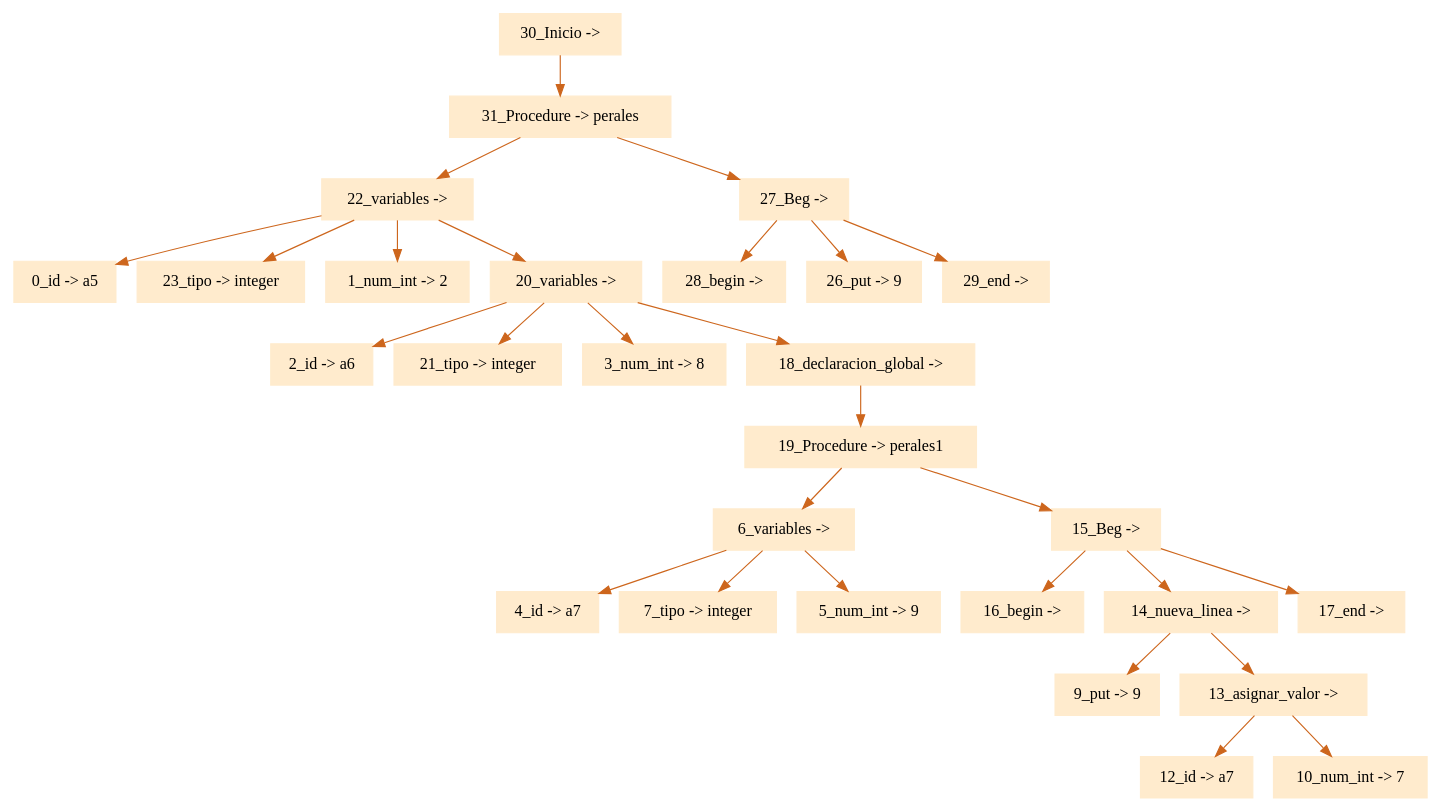
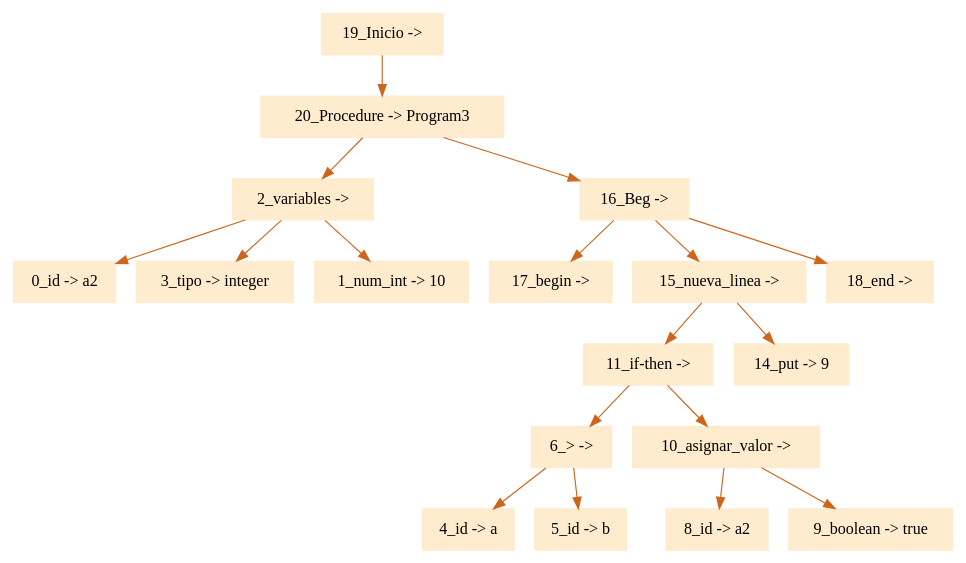
Before and after one commit to eliasgz97/Proyecto_Compiladores: the diagram in ProyectoCompiladores/arbol.dot, drawn with Graphviz. The commit also changed 2 other files, not shown here.

Commit message:
Bug de repeticion id al asignar valor resuelto

```diff
--- a/ProyectoCompiladores/arbol.dot
+++ b/ProyectoCompiladores/arbol.dot
@@ -1,32 +1,22 @@
 digraph G {node[shape=box, style=filled, color=blanchedalmond]; edge[color=chocolate3];rankdir=UD 
 
-"30_Inicio -> "->"31_Procedure -> perales"
-"31_Procedure -> perales"->"22_variables -> "
-"22_variables -> "->"0_id -> a5"
-"22_variables -> "->"23_tipo -> integer"
-"22_variables -> "->"1_num_int -> 2"
-"22_variables -> "->"20_variables -> "
-"20_variables -> "->"2_id -> a6"
-"20_variables -> "->"21_tipo -> integer"
-"20_variables -> "->"3_num_int -> 8"
-"20_variables -> "->"18_declaracion_global -> "
-"18_declaracion_global -> "->"19_Procedure -> perales1"
-"19_Procedure -> perales1"->"6_variables -> "
-"6_variables -> "->"4_id -> a7"
-"6_variables -> "->"7_tipo -> integer"
-"6_variables -> "->"5_num_int -> 9"
-"19_Procedure -> perales1"->"15_Beg -> "
-"15_Beg -> "->"16_begin -> "
-"15_Beg -> "->"14_nueva_linea -> "
-"14_nueva_linea -> "->"9_put -> 9"
-"14_nueva_linea -> "->"13_asignar_valor -> "
-"13_asignar_valor -> "->"12_id -> a7"
-"13_asignar_valor -> "->"10_num_int -> 7"
-"15_Beg -> "->"17_end -> "
-"31_Procedure -> perales"->"27_Beg -> "
-"27_Beg -> "->"28_begin -> "
-"27_Beg -> "->"26_put -> 9"
-"27_Beg -> "->"29_end -> "
+"19_Inicio -> "->"20_Procedure -> Program3"
+"20_Procedure -> Program3"->"2_variables -> "
+"2_variables -> "->"0_id -> a2"
+"2_variables -> "->"3_tipo -> integer"
+"2_variables -> "->"1_num_int -> 10"
+"20_Procedure -> Program3"->"16_Beg -> "
+"16_Beg -> "->"17_begin -> "
+"16_Beg -> "->"15_nueva_linea -> "
+"15_nueva_linea -> "->"11_if-then -> "
+"11_if-then -> "->"6_> -> "
+"6_> -> "->"4_id -> a"
+"6_> -> "->"5_id -> b"
+"11_if-then -> "->"10_asignar_valor -> "
+"10_asignar_valor -> "->"8_id -> a2"
+"10_asignar_valor -> "->"9_boolean -> true"
+"15_nueva_linea -> "->"14_put -> 9"
+"16_Beg -> "->"18_end -> "
 
 
 }
```
